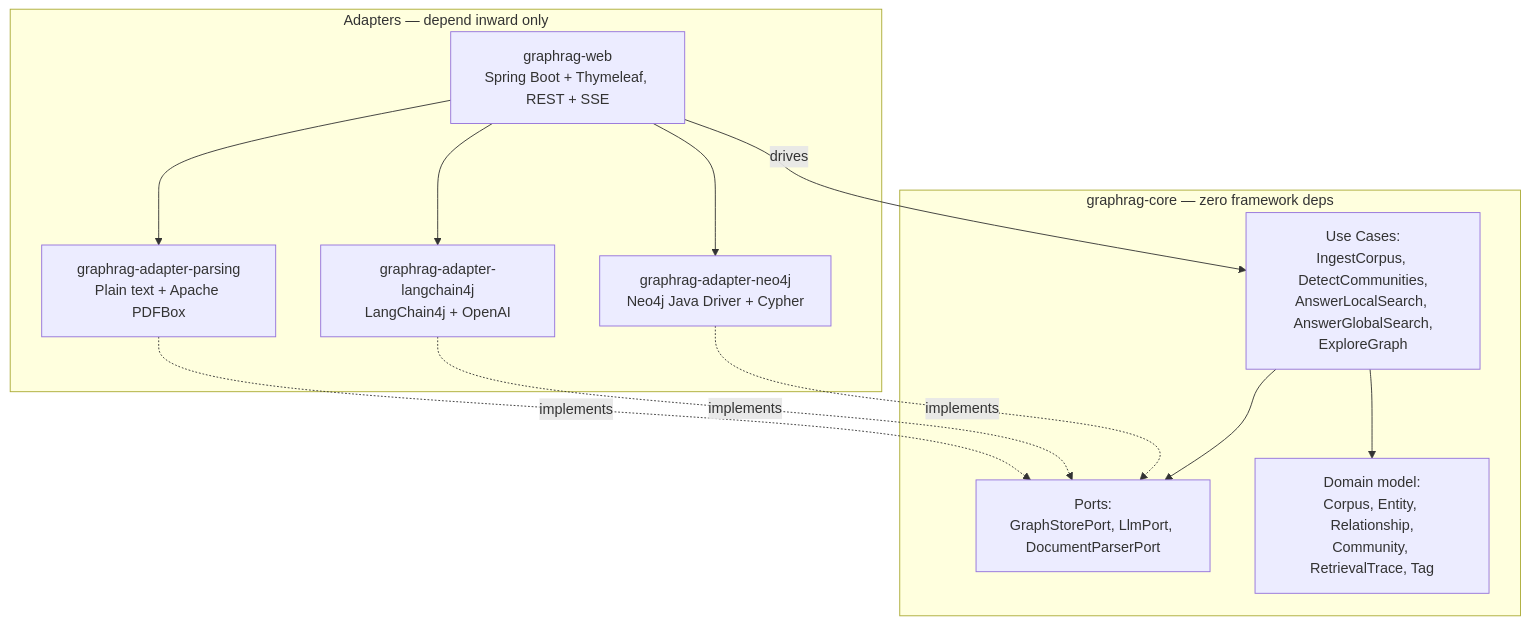
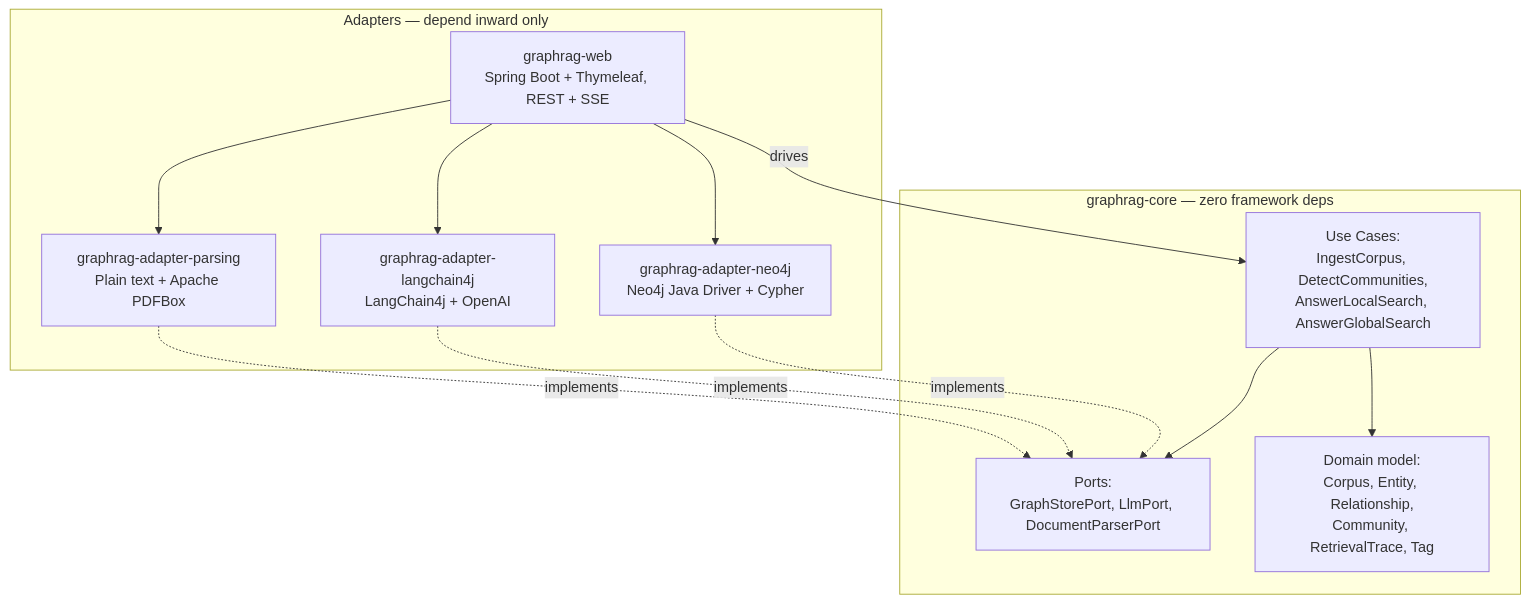
The first of 3 diagrams in _bmad-output/planning-artifacts/architecture/architecture-graph-rag-visualisation-2026-09-19/ARCHITECTURE-SPINE.md (JohannesRabauer/graph-rag-visualisation), drawn with Mermaid before and after one commit. The commit also changed other lines of this file and 22 other files, not shown here.

````diff
--- a/_bmad-output/planning-artifacts/architecture/architecture-graph-rag-visualisation-2026-09-19/ARCHITECTURE-SPINE.md
+++ b/_bmad-output/planning-artifacts/architecture/architecture-graph-rag-visualisation-2026-09-19/ARCHITECTURE-SPINE.md
@@ -29,23 +29,23 @@
 ```mermaid
 graph TD
     subgraph Adapters [Adapters — depend inward only]
         Web[graphrag-web<br/>Spring Boot + Thymeleaf, REST + SSE]
         Neo4jAdapter[graphrag-adapter-neo4j<br/>Neo4j Java Driver + Cypher]
         LlmAdapter[graphrag-adapter-langchain4j<br/>LangChain4j + OpenAI]
         ParseAdapter[graphrag-adapter-parsing<br/>Plain text + Apache PDFBox]
     end
     subgraph Core [graphrag-core — zero framework deps]
-        UseCases[Use Cases:<br/>IngestCorpus, DetectCommunities,<br/>AnswerLocalSearch, AnswerGlobalSearch,<br/>ExploreGraph]
+        UseCases[Use Cases:<br/>IngestCorpus, DetectCommunities,<br/>AnswerLocalSearch, AnswerGlobalSearch]
         Ports[Ports:<br/>GraphStorePort, LlmPort, DocumentParserPort]
         Domain[Domain model:<br/>Corpus, Entity, Relationship,<br/>Community, RetrievalTrace, Tag]
     end
     Web -->|drives| UseCases
     UseCases --> Ports
     UseCases --> Domain
     Neo4jAdapter -.implements.-> Ports
     LlmAdapter -.implements.-> Ports
     ParseAdapter -.implements.-> Ports
     Web --> Neo4jAdapter
     Web --> LlmAdapter
     Web --> ParseAdapter
 ```
````
